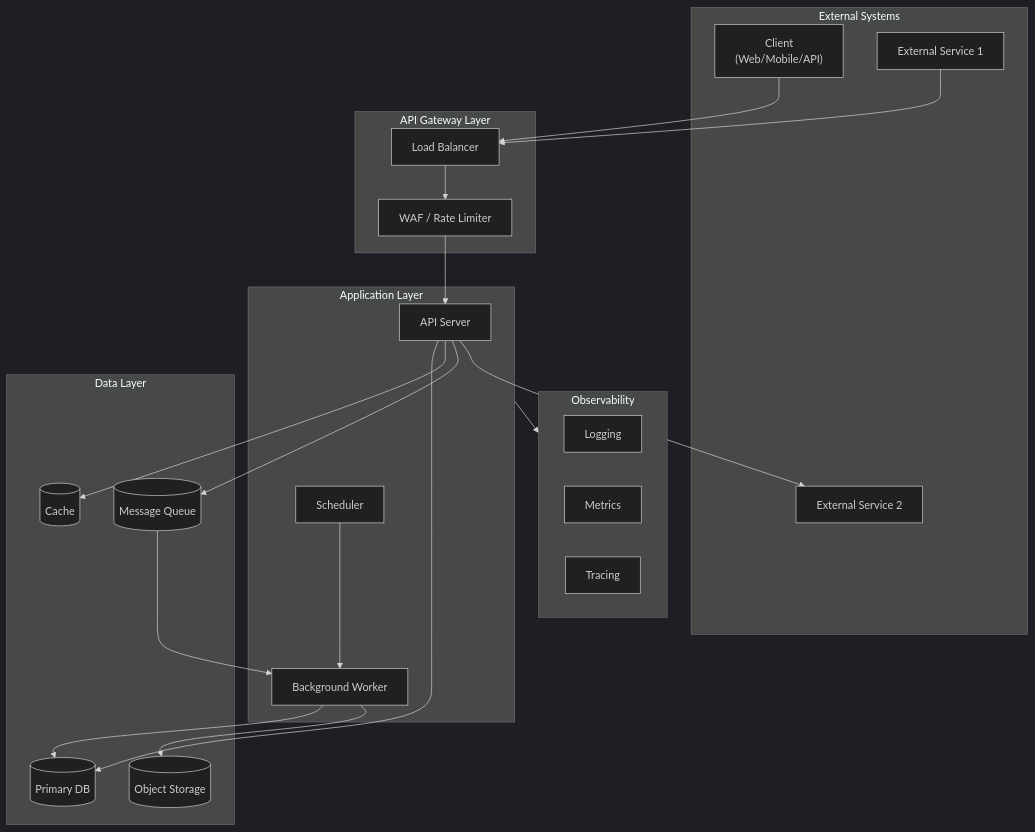
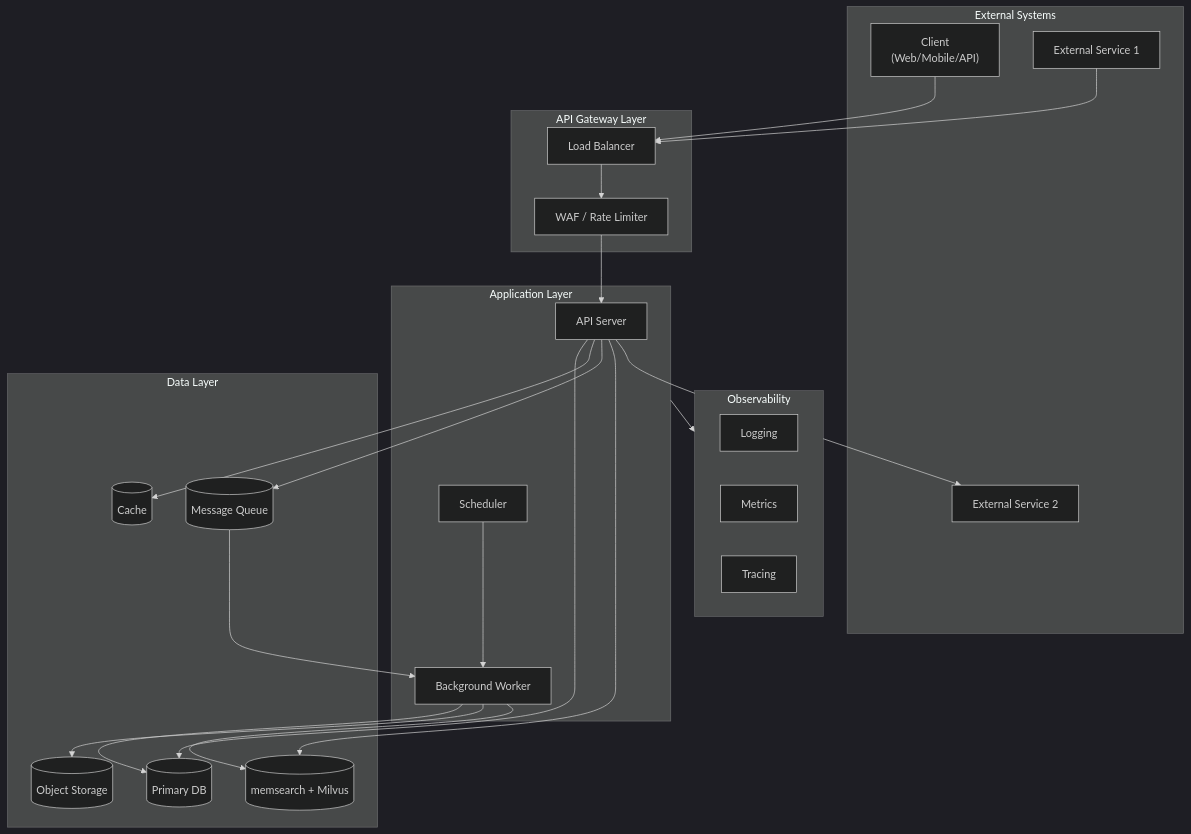
One commit to ParkHwan/project-dev-specs changed the first of 4 diagrams in docs/02_architecture/system_design.md. Above: the diagram before and after it, drawn with Mermaid (dark theme). The commit also changed other lines of this file and 58 other files, not shown here.

````diff
--- a/docs/02_architecture/system_design.md
+++ b/docs/02_architecture/system_design.md
@@ -11,49 +11,52 @@
 ```mermaid
 flowchart TB
     subgraph External["External Systems"]
         Client["Client<br/>(Web/Mobile/API)"]
         ExtService1["External Service 1"]
         ExtService2["External Service 2"]
     end
 
     subgraph Gateway["API Gateway Layer"]
         LB["Load Balancer"]
         WAF["WAF / Rate Limiter"]
     end
 
     subgraph Application["Application Layer"]
         API["API Server"]
         Worker["Background Worker"]
         Scheduler["Scheduler"]
     end
 
     subgraph Data["Data Layer"]
         DB[(Primary DB)]
         Cache[(Cache)]
         Queue[(Message Queue)]
         Storage[(Object Storage)]
+        Memory[(memsearch + Milvus)]
     end
 
     subgraph Monitoring["Observability"]
         Logs["Logging"]
         Metrics["Metrics"]
         Traces["Tracing"]
     end
 
     Client --> LB
     ExtService1 --> LB
     LB --> WAF --> API
     
     API --> DB
     API --> Cache
     API --> Queue
+    API --> Memory
     
     Queue --> Worker
     Scheduler --> Worker
     Worker --> DB
     Worker --> Storage
+    Worker --> Memory
     
     API --> ExtService2
     
     Application --> Monitoring
 ```
````
